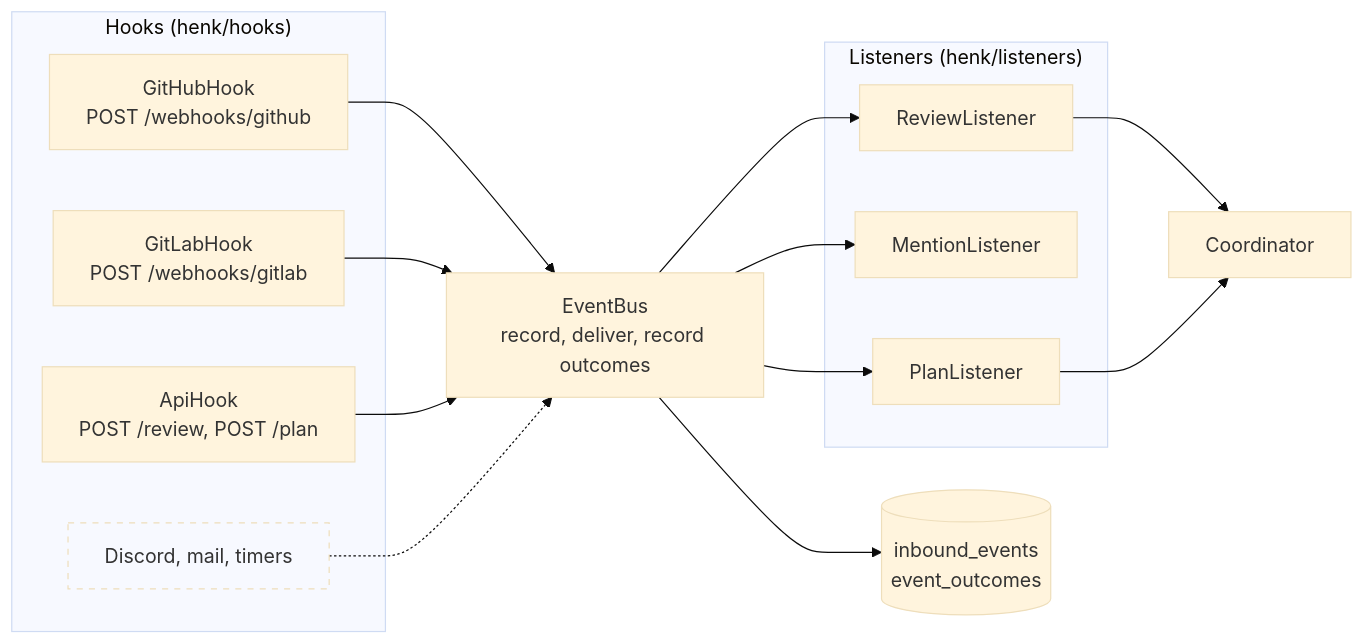
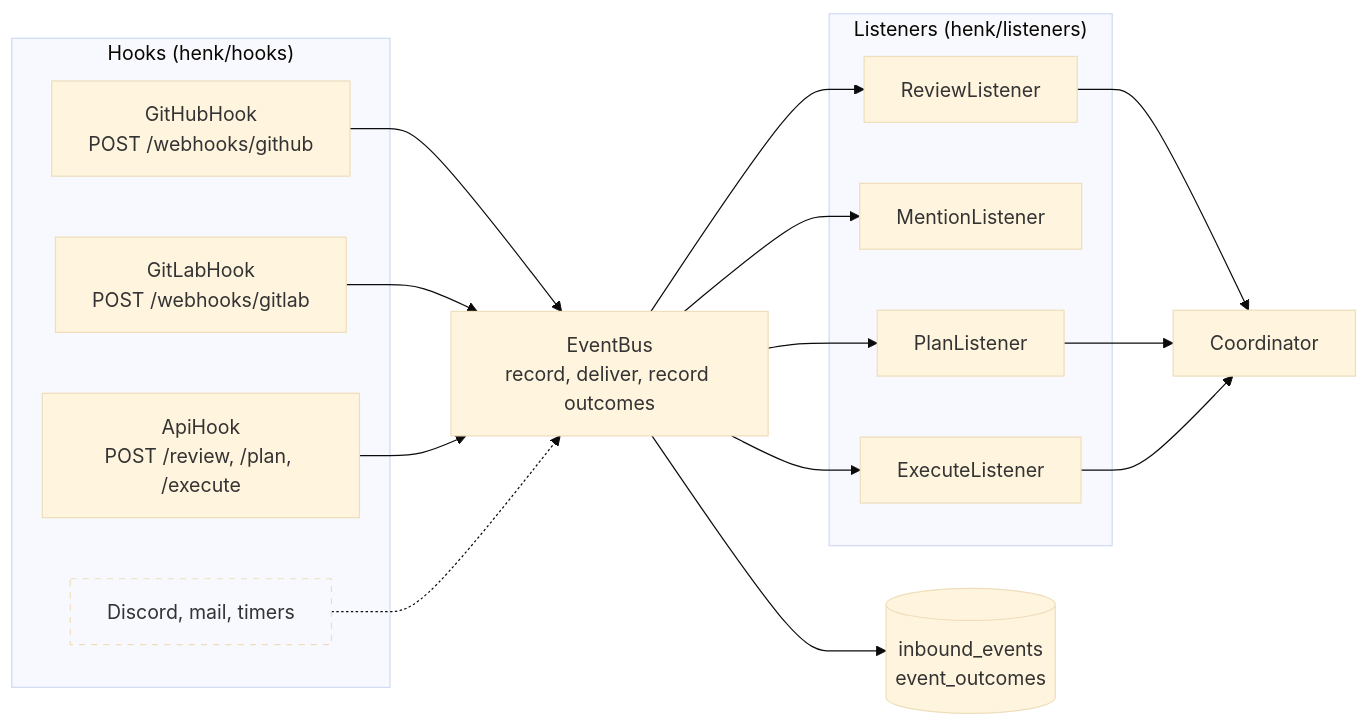
One commit to StephanMeijer/meneerhenk changed the seventh of 12 diagrams in ARCHITECTURE.md. Above: the diagram before and after it, drawn with Mermaid (base theme). The commit also changed other lines of this file and 58 other files, not shown here.

````diff
--- a/ARCHITECTURE.md
+++ b/ARCHITECTURE.md
@@ -503,28 +511,31 @@
 ```mermaid
 flowchart LR
     subgraph hooks["Hooks (henk/hooks)"]
         GHH["GitHubHook<br/>POST /webhooks/github"]
         GLH["GitLabHook<br/>POST /webhooks/gitlab"]
-        API["ApiHook<br/>POST /review, POST /plan"]
+        API["ApiHook<br/>POST /review, /plan, /execute"]
         LATER["Discord, mail, timers"]:::later
     end
     BUS["EventBus<br/>record, deliver, record outcomes"]
     REC[("inbound_events<br/>event_outcomes")]
     subgraph listeners["Listeners (henk/listeners)"]
         RL["ReviewListener"]
         ML["MentionListener"]
         PL["PlanListener"]
+        EL["ExecuteListener"]
     end
     COORD["Coordinator"]
     GHH --> BUS
     GLH --> BUS
     API --> BUS
     LATER -.-> BUS
     BUS --> REC
     BUS --> RL
     BUS --> ML
     BUS --> PL
+    BUS --> EL
     RL --> COORD
     PL --> COORD
+    EL --> COORD
     classDef later stroke-dasharray: 5 5,fill:none
 ```
````
